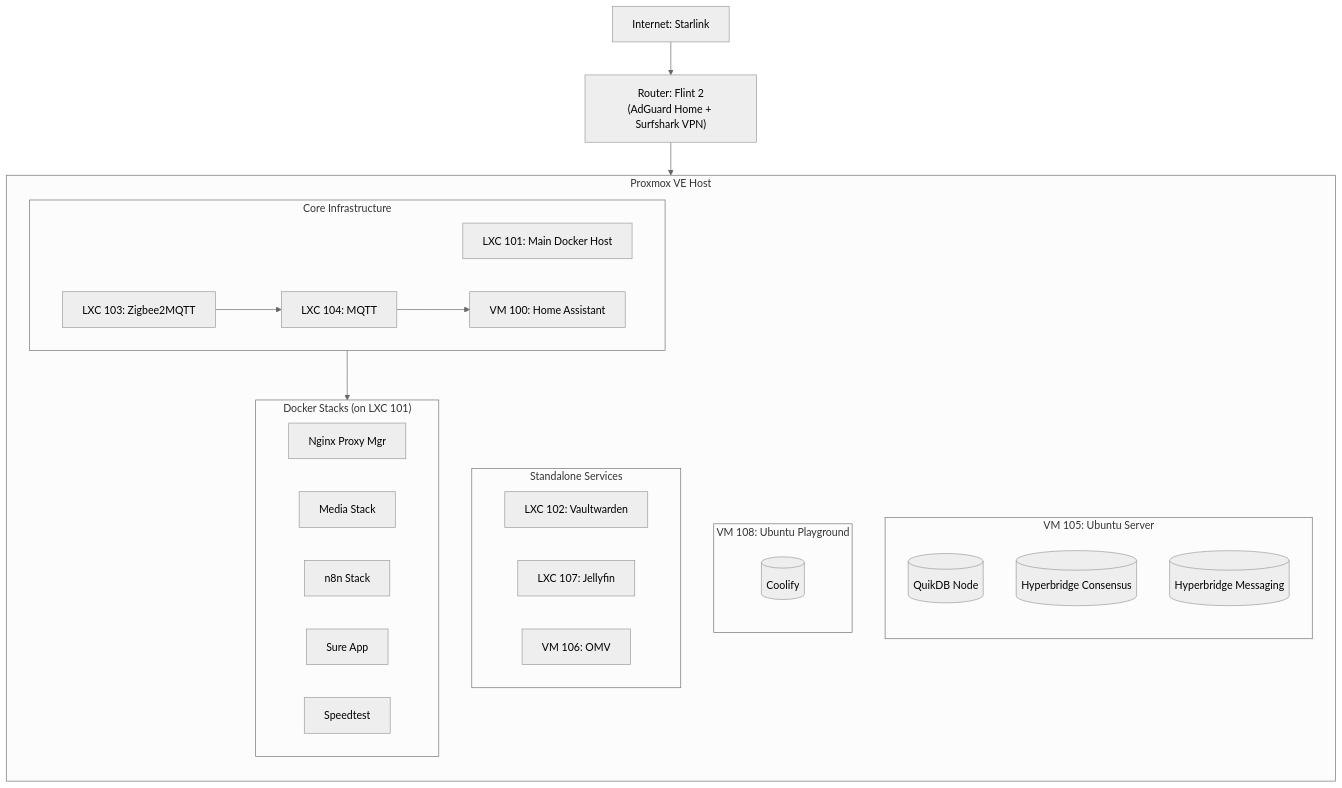
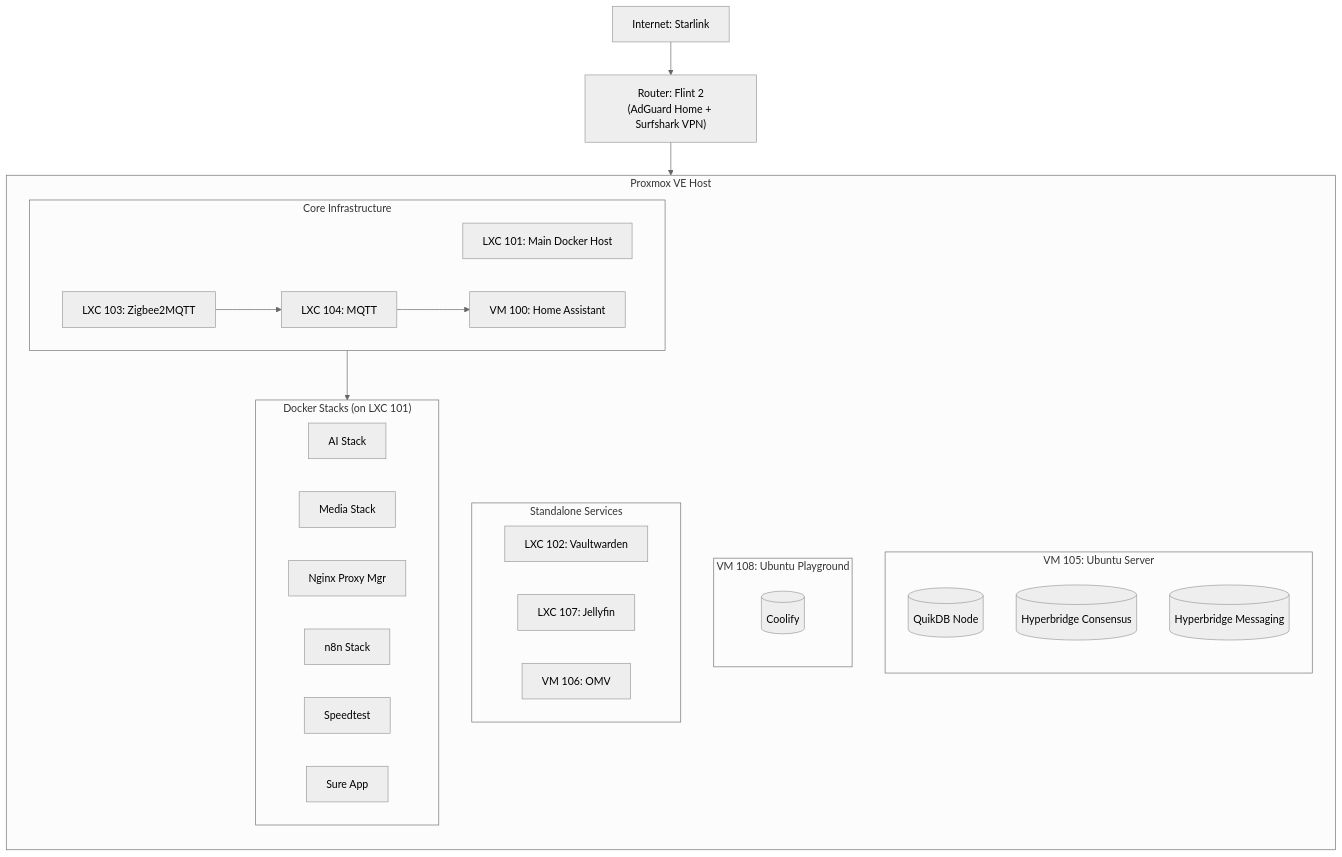
The diagram in README.md (LifeofDan-EL/homelab), drawn with Mermaid (neutral theme) before and after one commit. The commit also changed other lines of this file and 5 other files, not shown here.

````diff
--- a/README.md
+++ b/README.md
@@ -41,54 +41,55 @@
 ```mermaid
 graph TD
     Internet["Internet: Starlink"] --> Router["Router: Flint 2<br/>(AdGuard Home + Surfshark VPN)"]
 
     subgraph Proxmox_Node ["Proxmox VE Host"]
         direction TB
 
         %% Core Infrastructure
         subgraph Core_Infra ["Core Infrastructure"]
             direction LR
             LXC_Docker["LXC 101: Main Docker Host"]
             VM_HA["VM 100: Home Assistant"]
             LXC_MQTT["LXC 104: MQTT"]
             LXC_Z2M["LXC 103: Zigbee2MQTT"]
         end
 
         %% Secondary Docker Host (Ubuntu VM)
         subgraph VM_Ubuntu ["VM 105: Ubuntu Server"]
             direction TB
             Container_QuikDB[("QuikDB Node")]
             Container_Consensus[("Hyperbridge Consensus")]
             Container_Messaging[("Hyperbridge Messaging")]
         end
 
         %% NEW: Coolify Host
         subgraph VM_Coolify ["VM 108: Ubuntu Playground"]
              direction TB
              App_Coolify[("Coolify")]
         end
 
         %% Standalone Services
         subgraph Standalone ["Standalone Services"]
             LXC_Vault["LXC 102: Vaultwarden"]
             LXC_Jelly["LXC 107: Jellyfin"]
             VM_OMV["VM 106: OMV"]
         end
 
         %% Main Docker Stacks
         subgraph Docker_Stacks ["Docker Stacks (on LXC 101)"]
+            Stack_AI["AI Stack"]
+            Stack_Media["Media Stack"]
             Stack_NPM["Nginx Proxy Mgr"]
-            Stack_Media["Media Stack"]
             Stack_Solar["n8n Stack"]
+            Stack_Speed["Speedtest"]
             Stack_Sure["Sure App"]
-            Stack_Speed["Speedtest"]
         end
 
         %% Connections
         LXC_Docker --> Docker_Stacks
         LXC_Z2M --> LXC_MQTT
         LXC_MQTT --> VM_HA
     end
 
     Router --> Proxmox_Node
 ```
````
